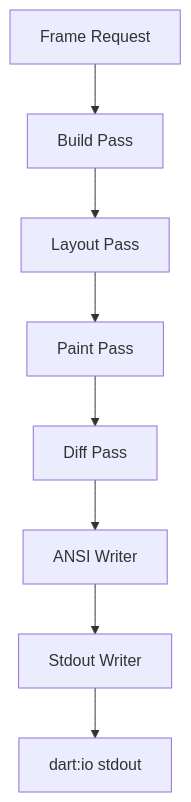
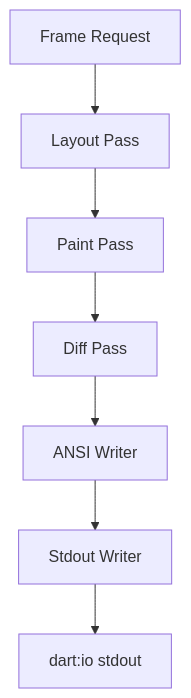
The diagram in tasks/milestone-3/task-3-5.md (iapicca/t22e), drawn with Mermaid before and after one commit. The commit also changed other lines of this file and 5 other files, not shown here.

````diff
--- a/tasks/milestone-3/task-3-5.md
+++ b/tasks/milestone-3/task-3-5.md
@@ -16,10 +16,9 @@
 ```mermaid
 graph TD
-    A[Frame Request] --> B[Build Pass]
-    B --> C[Layout Pass]
-    C --> D[Paint Pass]
-    D --> E[Diff Pass]
-    E --> F[ANSI Writer]
-    F --> G[Stdout Writer]
-    G --> H[dart:io stdout]
+    A[Frame Request] --> B[Layout Pass]
+    B --> C[Paint Pass]
+    C --> D[Diff Pass]
+    D --> E[ANSI Writer]
+    E --> F[Stdout Writer]
+    F --> G[dart:io stdout]
 ```
````
